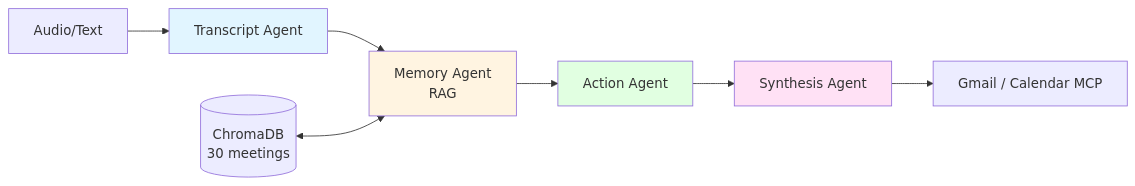
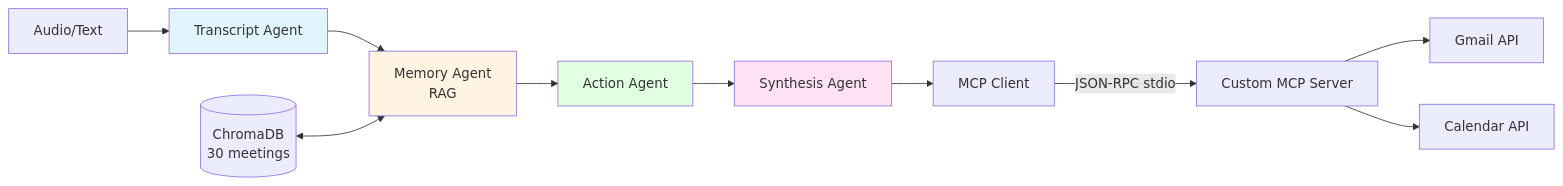
One commit to Nazgulyalya/meeting_assistant changed the diagram in README.md. Above: the diagram before and after it, drawn with Mermaid. The commit also changed 9 other files, not shown here.

Commit message:
feat: real MCP protocol implementation via custom MCP server

````diff
--- a/README.md
+++ b/README.md
@@ -36,15 +36,18 @@
 ```mermaid
 flowchart LR
     Input[Audio/Text] --> TA[Transcript Agent]
     TA --> MA[Memory Agent<br/>RAG]
     MA --> AA[Action Agent]
     AA --> SA[Synthesis Agent]
-    SA --> MCP[Gmail / Calendar MCP]
+    SA --> Client[MCP Client]
+    Client -->|JSON-RPC stdio| Server[Custom MCP Server]
+    Server --> Gmail[Gmail API]
+    Server --> Cal[Calendar API]
     
     DB[(ChromaDB<br/>30 meetings)] <--> MA
     
     style TA fill:#e1f5ff
     style MA fill:#fff4e1
     style AA fill:#e1ffe1
     style SA fill:#ffe1f5
 ```
````
